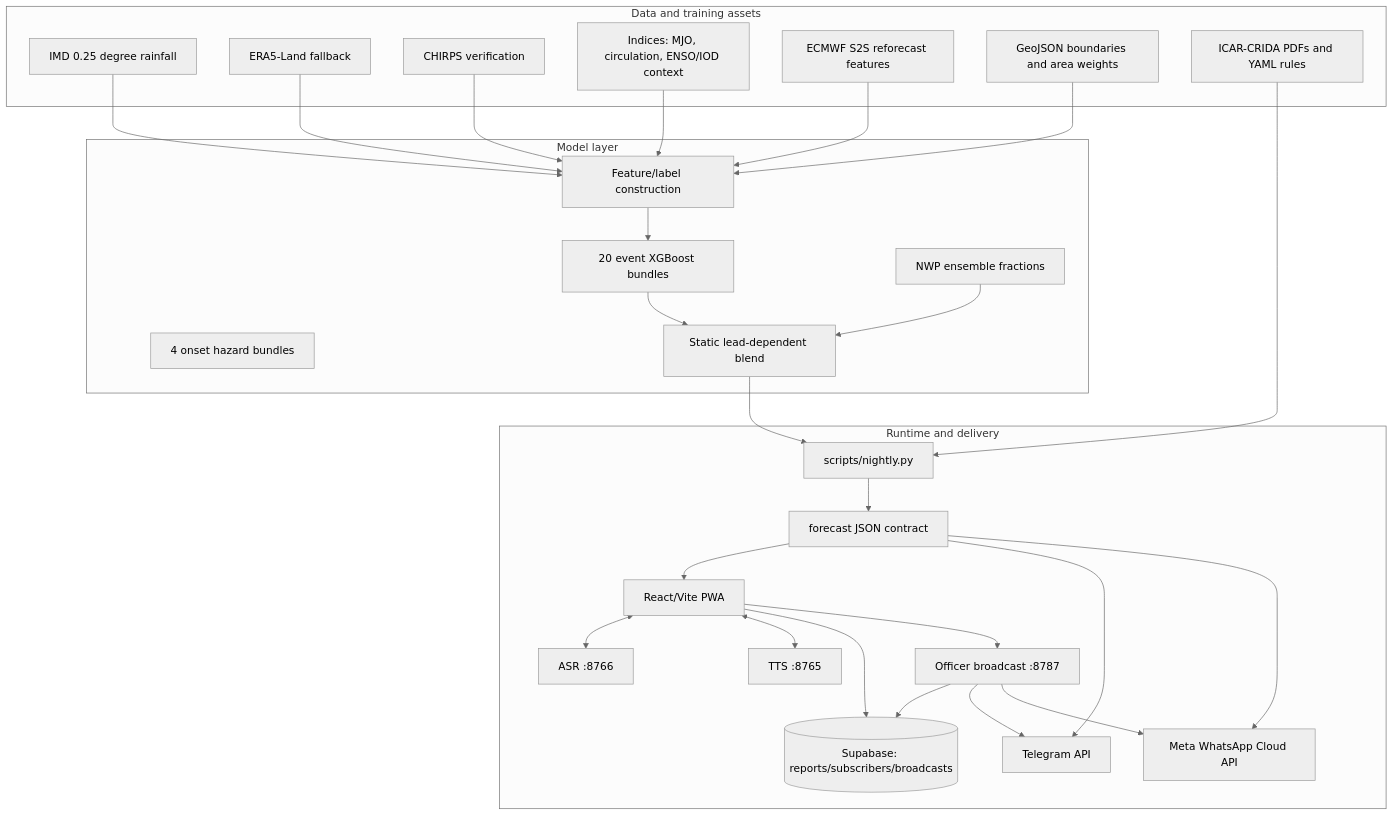
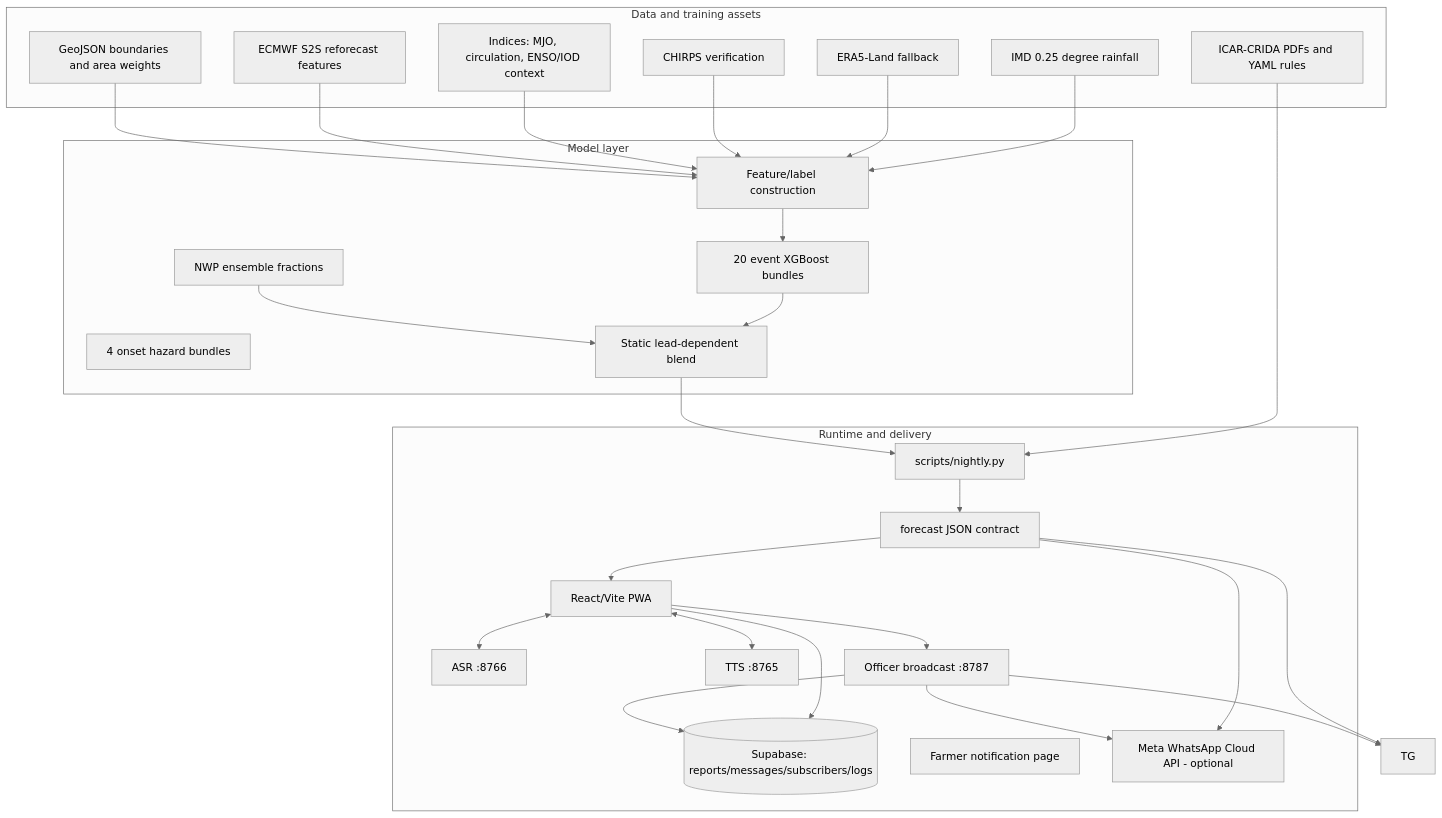
Before and after one commit to Halcyonic-01/LastCommit: the second of 2 diagrams in README.md, drawn with Mermaid (neutral theme). The commit also changed other lines of this file and 30 other files, not shown here.

````diff
--- a/README.md
+++ b/README.md
@@ -68,52 +87,52 @@
 ```mermaid
 flowchart TB
     subgraph Data[Data and training assets]
       IMD[IMD 0.25 degree rainfall]
       ERA[ERA5-Land fallback]
       CH[CHIRPS verification]
       IDX[Indices: MJO, circulation, ENSO/IOD context]
       ECM[ECMWF S2S reforecast features]
       GEO[GeoJSON boundaries and area weights]
       CRIDA[ICAR-CRIDA PDFs and YAML rules]
     end
     subgraph ML[Model layer]
       FE[Feature/label construction]
       XGB[20 event XGBoost bundles]
       HAZ[4 onset hazard bundles]
       NWP[NWP ensemble fractions]
       BL[Static lead-dependent blend]
     end
     subgraph Runtime[Runtime and delivery]
       NIGHT[scripts/nightly.py]
       CONTRACT[forecast JSON contract]
       WEB[React/Vite PWA]
-      SB[(Supabase: reports/subscribers/broadcasts)]
+      SB[(Supabase: reports/messages/subscribers/logs)]
       ASR[ASR :8766]
       TTS[TTS :8765]
       BROADCAST[Officer broadcast :8787]
-      TG[Telegram API]
-      WA[Meta WhatsApp Cloud API]
+      MSG[Farmer notification page]
+      WA[Meta WhatsApp Cloud API - optional]
     end
     IMD --> FE
     ERA --> FE
     CH --> FE
     IDX --> FE
     ECM --> FE
     GEO --> FE
     CRIDA --> NIGHT
     FE --> XGB
     XGB --> BL
     NWP --> BL
     BL --> NIGHT
     NIGHT --> CONTRACT
     CONTRACT --> WEB
     CONTRACT --> TG
     CONTRACT --> WA
     WEB <--> ASR
     WEB <--> TTS
     WEB --> SB
     WEB --> BROADCAST
     BROADCAST --> SB
     BROADCAST --> TG
     BROADCAST --> WA
 ```
````
